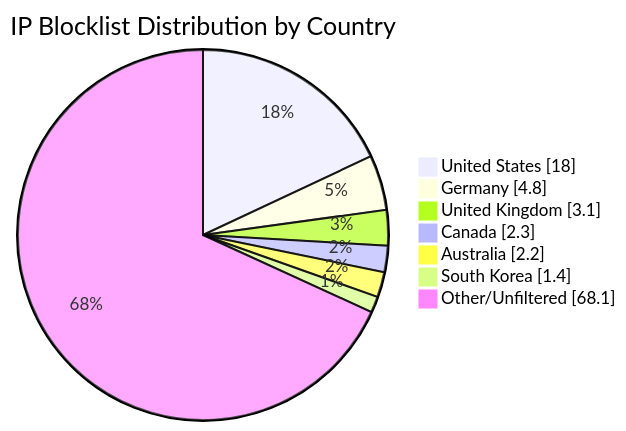
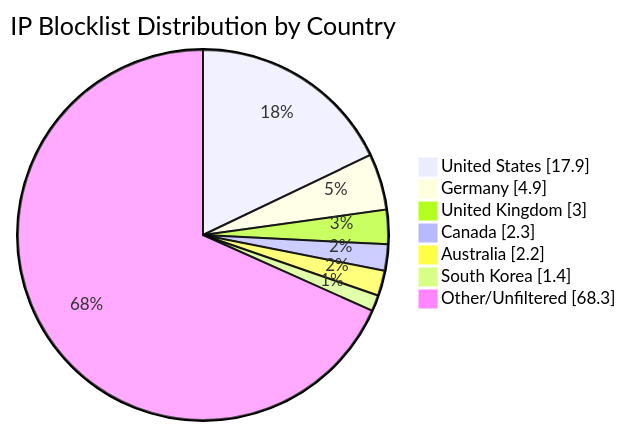
The diagram in README.md (MarcusHoltz/ipblocklist-geofiltered-aggregator), drawn with Mermaid before and after one commit. The commit also changed other lines of this file and 9 other files, not shown here.

````diff
--- a/README.md
+++ b/README.md
@@ -34,10 +34,10 @@
 ```mermaid
 pie showData title IP Blocklist Distribution by Country
-"United States" : 18.0
-"Germany" : 4.8
-"United Kingdom" : 3.1
+"United States" : 17.9
+"Germany" : 4.9
+"United Kingdom" : 3.0
 "Canada" : 2.3
 "Australia" : 2.2
 "South Korea" : 1.4
-"Other/Unfiltered" : 68.1
+"Other/Unfiltered" : 68.3
 ```
````
